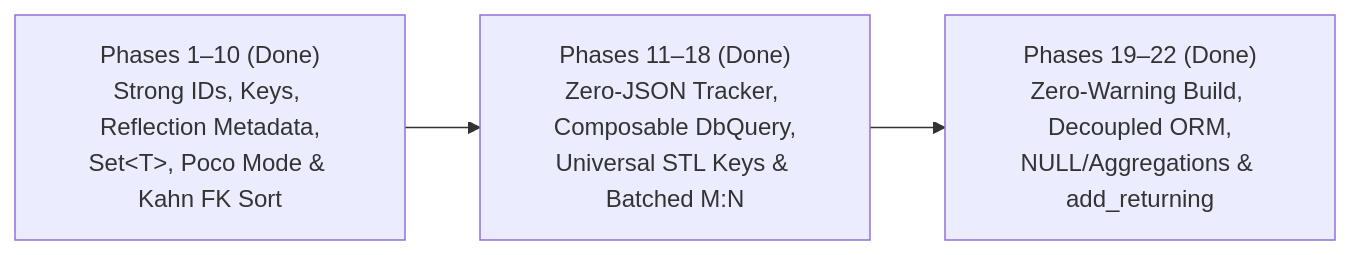
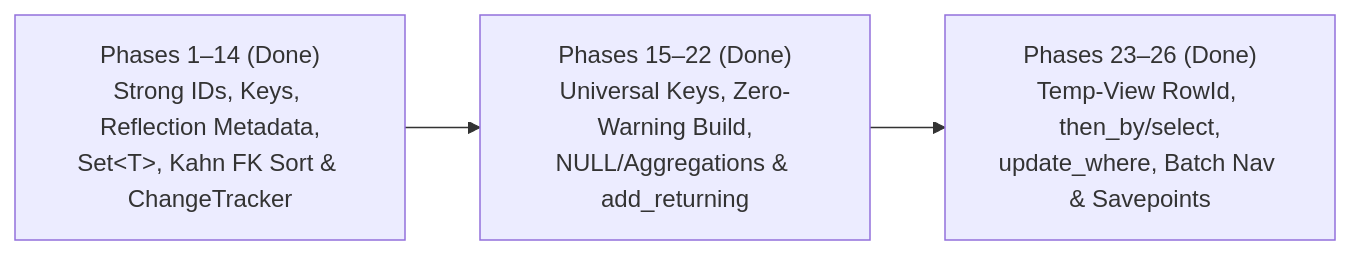
One commit to mythrz/CodeFirstCppDB_sqlgen changed the first of 2 diagrams in readme4.md. Above: the diagram before and after it, drawn with Mermaid. The commit also changed other lines of this file, not shown here.

Commit message:
planning: savepoints, rollback, non-tracking, multi-col, distinct, where, eager, batch

````diff
--- a/readme4.md
+++ b/readme4.md
@@ -227,5 +234,5 @@
 ```mermaid
 flowchart LR
-    P110["Phases 1–10 (Done)<br/>Strong IDs, Keys, Reflection Metadata,<br/>Set&lt;T&gt;, Poco Mode &amp; Kahn FK Sort"] --> P1118["Phases 11–18 (Done)<br/>Zero-JSON Tracker, Composable DbQuery,<br/>Universal STL Keys &amp; Batched M:N"]
-    P1118 --> P1922["Phases 19–22 (Done)<br/>Zero-Warning Build, Decoupled ORM,<br/>NULL/Aggregations &amp; add_returning"]
+    P114["Phases 1–14 (Done)<br/>Strong IDs, Keys, Reflection Metadata,<br/>Set&lt;T&gt;, Kahn FK Sort &amp; ChangeTracker"] --> P1522["Phases 15–22 (Done)<br/>Universal Keys, Zero-Warning Build,<br/>NULL/Aggregations &amp; add_returning"]
+    P1522 --> P2326["Phases 23–26 (Done)<br/>Temp-View RowId, then_by/select,<br/>update_where, Batch Nav &amp; Savepoints"]
 ```
````
